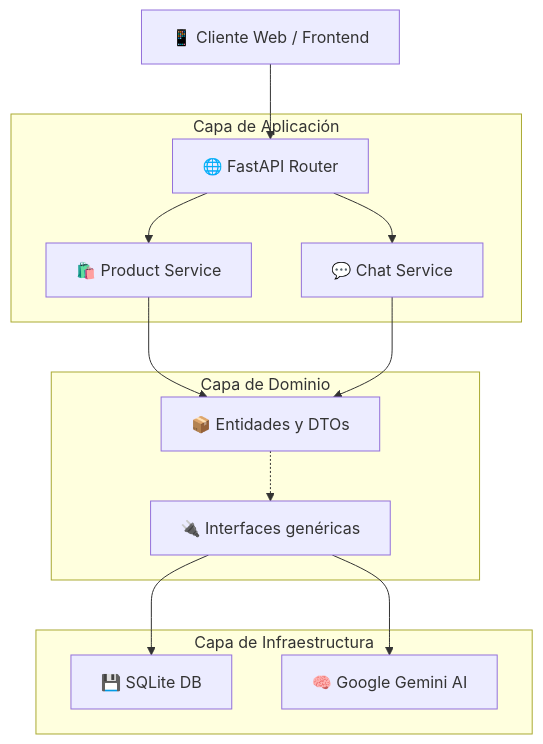
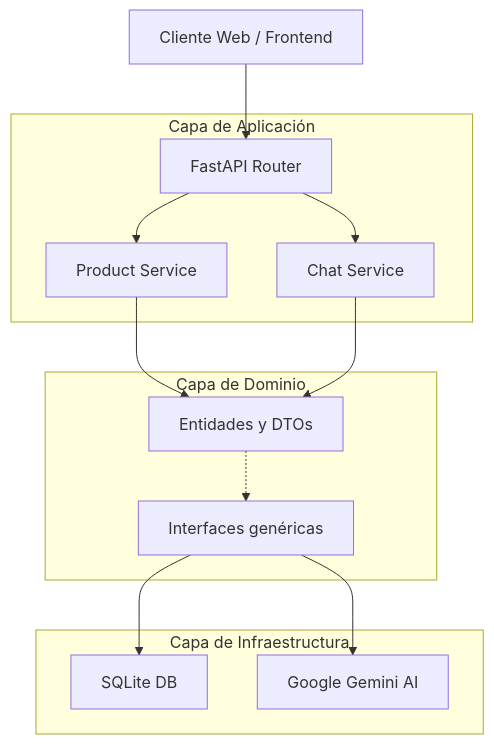
The diagram in README.md (laurasjparis/Taller_TIS), drawn with Mermaid before and after one commit. The commit also changed other lines of this file, not shown here.

Commit message:
docs: remove emojis from architecture diagram and folder structure

````diff
--- a/README.md
+++ b/README.md
@@ -8,20 +8,20 @@
 ```mermaid
 graph TD
-    Client[📱 Cliente Web / Frontend] --> API[🌐 FastAPI Router]
+    Client[Cliente Web / Frontend] --> API[FastAPI Router]
     
     subgraph Capa de Aplicación
-        API --> ProdService[🛍️ Product Service]
-        API --> ChatService[💬 Chat Service]
+        API --> ProdService[Product Service]
+        API --> ChatService[Chat Service]
     end
     
     subgraph Capa de Dominio
-        ProdService --> Entities[📦 Entidades y DTOs]
+        ProdService --> Entities[Entidades y DTOs]
         ChatService --> Entities
-        Entities -.-> Interfaces[🔌 Interfaces genéricas]
+        Entities -.-> Interfaces[Interfaces genéricas]
     end
     
     subgraph Capa de Infraestructura
-        Interfaces --> SQLite[💾 SQLite DB]
-        Interfaces --> Gemini[🧠 Google Gemini AI]
+        Interfaces --> SQLite[SQLite DB]
+        Interfaces --> Gemini[Google Gemini AI]
     end
 ```
````
